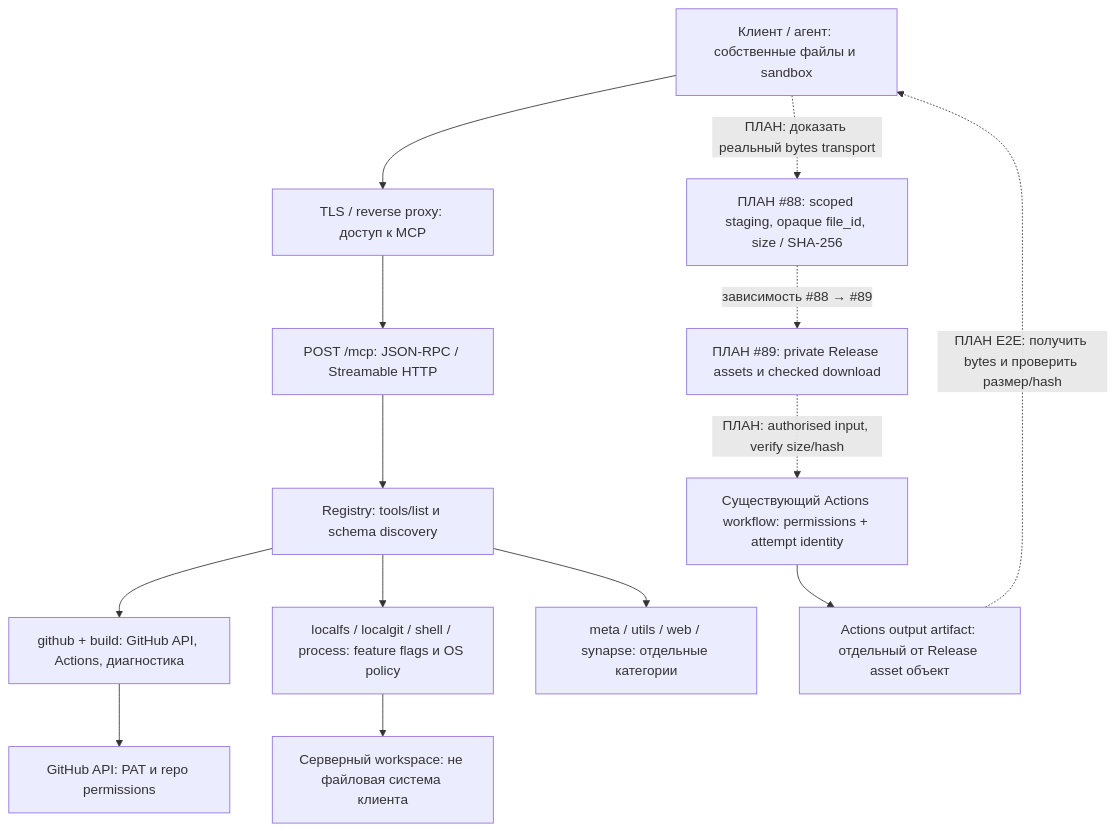
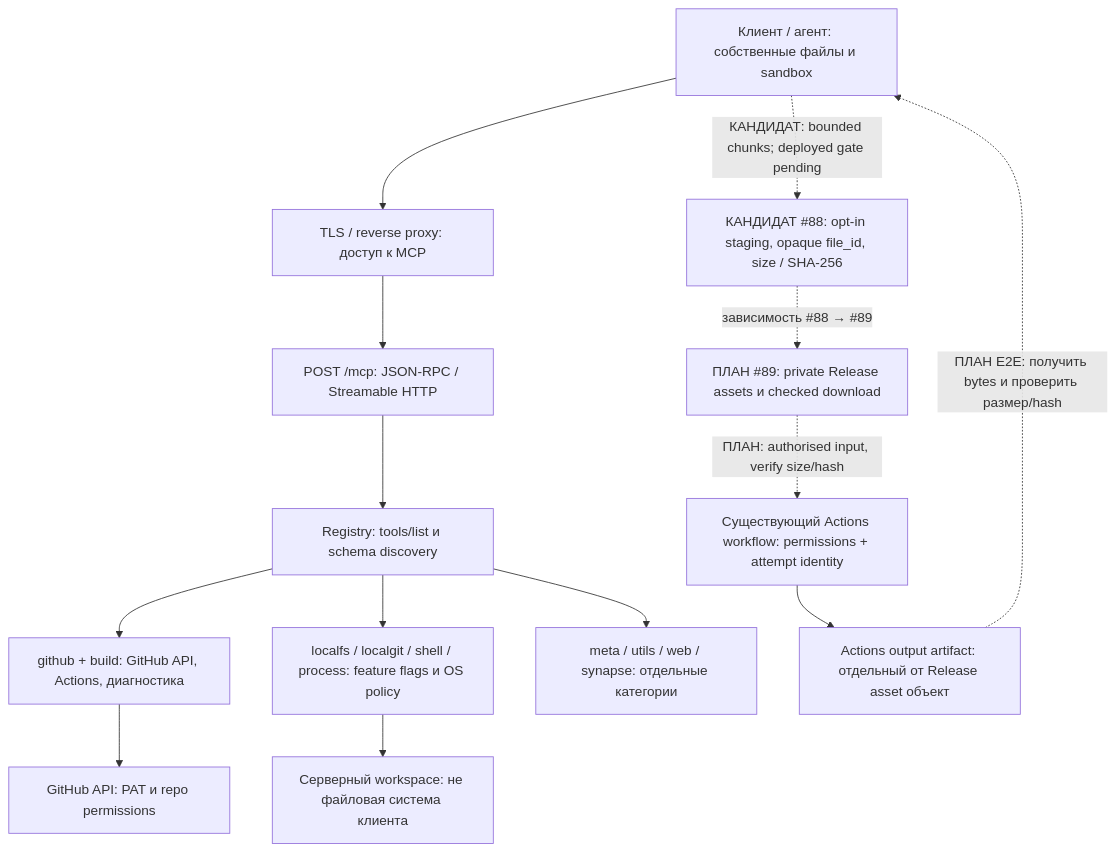
One commit to LeonidYasin/mcp-server changed the diagram in docs/project-map.md. Above: the diagram before and after it, drawn with Mermaid. The commit also changed other lines of this file and 18 other files, not shown here.

Commit message:
feat: opt-in owner-scoped binary chunk staging (#88)

````diff
--- a/docs/project-map.md
+++ b/docs/project-map.md
@@ -7,25 +7,25 @@
 ```mermaid
 flowchart TD
     Client["Клиент / агент: собственные файлы и sandbox"]
     Proxy["TLS / reverse proxy: доступ к MCP"]
     Transport["POST /mcp: JSON-RPC / Streamable HTTP"]
     Registry["Registry: tools/list и schema discovery"]
     Github["github + build: GitHub API, Actions, диагностика"]
     Local["localfs / localgit / shell / process: feature flags и OS policy"]
     Other["meta / utils / web / synapse: отдельные категории"]
     API["GitHub API: PAT и repo permissions"]
     Workspace["Серверный workspace: не файловая система клиента"]
-    Stage["ПЛАН #88: scoped staging, opaque file_id, size / SHA-256"]
+    Stage["КАНДИДАТ #88: opt-in staging, opaque file_id, size / SHA-256"]
     Assets["ПЛАН #89: private Release assets и checked download"]
     Actions["Существующий Actions workflow: permissions + attempt identity"]
     Output["Actions output artifact: отдельный от Release asset объект"]
     Client --> Proxy --> Transport --> Registry
     Registry --> Github --> API
     Registry --> Local --> Workspace
     Registry --> Other
-    Client -. "ПЛАН: доказать реальный bytes transport" .-> Stage
+    Client -. "КАНДИДАТ: bounded chunks; deployed gate pending" .-> Stage
     Stage -. "зависимость #88 → #89" .-> Assets
     Assets -. "ПЛАН: authorised input, verify size/hash" .-> Actions
     Actions --> Output
     Output -. "ПЛАН E2E: получить bytes и проверить размер/hash" .-> Client
 ```
````
